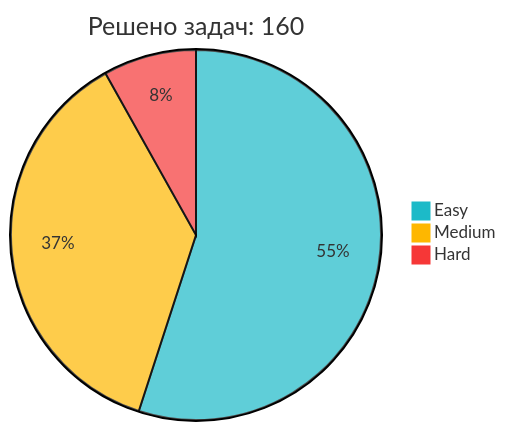
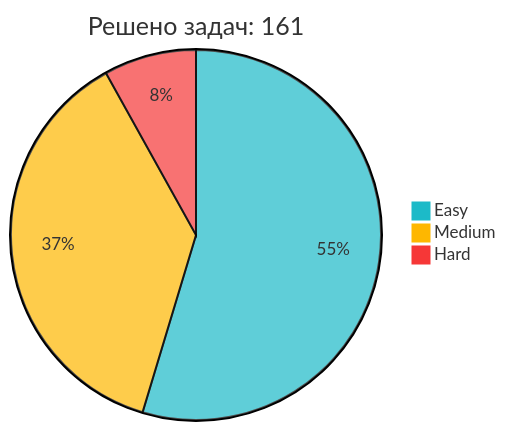
The diagram in README.md (IliaKurdukov/IliaKurdukov), drawn with Mermaid before and after one commit. The commit also changed other lines of this file, not shown here.

Commit message:
📈 Обновление статистики LeetCode

````diff
--- a/README.md
+++ b/README.md
@@ -51,7 +51,7 @@
 ```mermaid
 %%{init: {'theme': 'base', 'themeVariables': { 'pie1': '#1CBAC8', 'pie2': '#FEB700', 'pie3': '#F63737' }, 'config': {'width': 300, 'height': 200}}}%%
-pie title Решено задач: 160
+pie title Решено задач: 161
    "Easy" : 88
-   "Medium" : 59
+   "Medium" : 60
    "Hard" : 13
 ```
````
